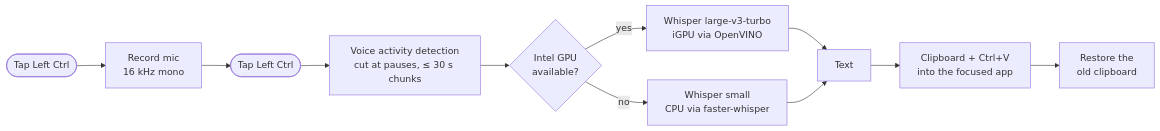
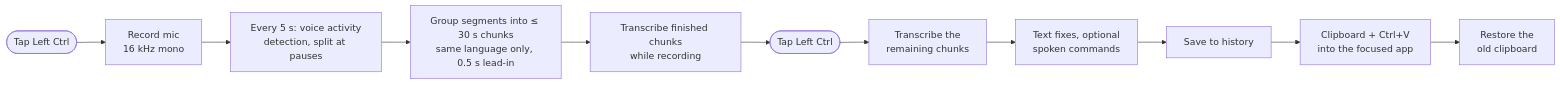
The diagram in README.md (philipp-sz/WhisperClaude), drawn with Mermaid before and after one commit. The commit also changed other lines of this file and 7 other files, not shown here.

````diff
--- a/README.md
+++ b/README.md
@@ -114,13 +70,13 @@
 ```mermaid
 flowchart LR
     A([Tap Left Ctrl]) --> B[Record mic<br/>16 kHz mono]
-    B --> C([Tap Left Ctrl])
-    C --> D[Voice activity detection<br/>cut at pauses, ≤ 30 s chunks]
-    D --> E{Intel GPU<br/>available?}
-    E -- yes --> F[Whisper large-v3-turbo<br/>iGPU via OpenVINO]
-    E -- no --> G[Whisper small<br/>CPU via faster-whisper]
-    F --> H[Text]
-    G --> H
-    H --> I[Clipboard + Ctrl+V<br/>into the focused app]
-    I --> J[Restore the<br/>old clipboard]
+    B --> C[Every 5 s: voice activity<br/>detection, split at pauses]
+    C --> D[Group segments into ≤ 30 s chunks<br/>same language only, 0.5 s lead-in]
+    D --> E[Transcribe finished chunks<br/>while recording]
+    E --> F([Tap Left Ctrl])
+    F --> G[Transcribe the<br/>remaining chunks]
+    G --> H[Text fixes, optional<br/>spoken commands]
+    H --> I[Save to history]
+    I --> J[Clipboard + Ctrl+V<br/>into the focused app]
+    J --> K[Restore the<br/>old clipboard]
 ```
````
